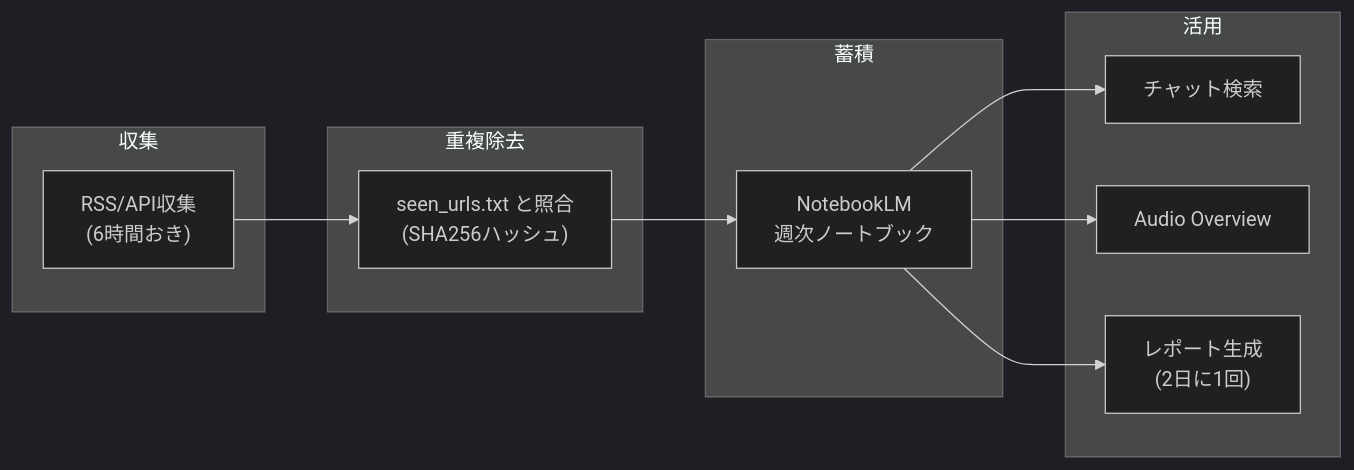
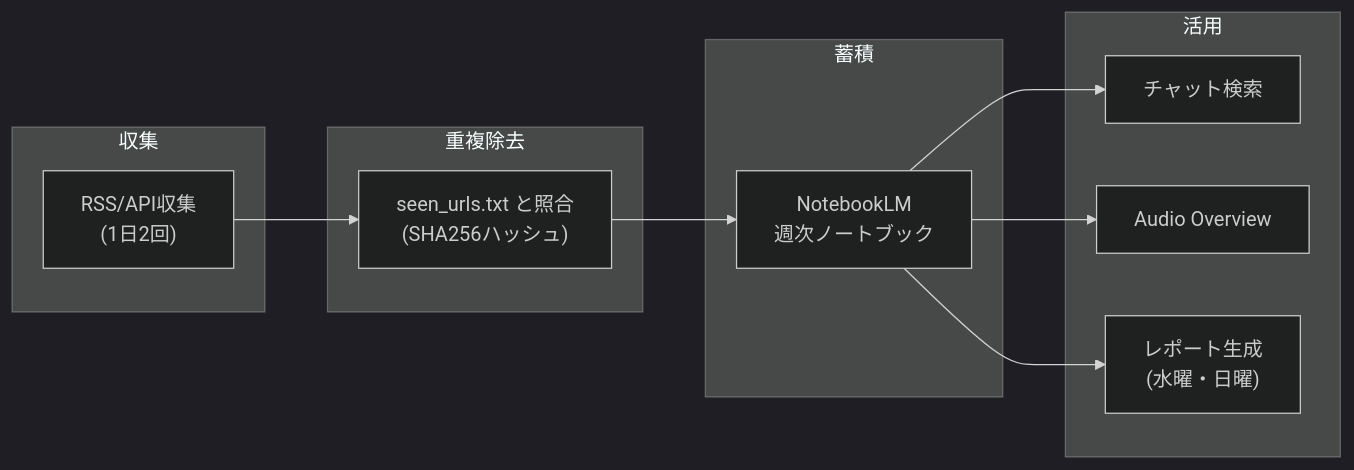
The first of 3 diagrams in HANDSON.md (manato1201/Research-Collector), drawn with Mermaid (dark theme) before and after one commit. The commit also changed other lines of this file and 5 other files, not shown here.

````diff
--- a/HANDSON.md
+++ b/HANDSON.md
@@ -157,21 +157,21 @@
 ```mermaid
 flowchart LR
     subgraph 収集
-        A["RSS/API収集<br/>(6時間おき)"]
+        A["RSS/API収集<br/>(1日2回)"]
     end
     subgraph 重複除去
         B["seen_urls.txt と照合<br/>(SHA256ハッシュ)"]
     end
     subgraph 蓄積
         C["NotebookLM<br/>週次ノートブック"]
     end
     subgraph 活用
         D["チャット検索"]
         E["Audio Overview"]
-        F["レポート生成<br/>(2日に1回)"]
+        F["レポート生成<br/>(水曜・日曜)"]
     end
 
     A --> B --> C --> D
     C --> E
     C --> F
 ```
````
